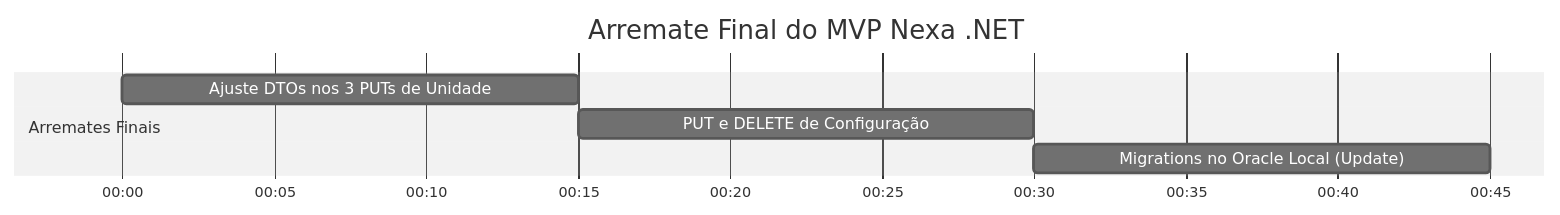
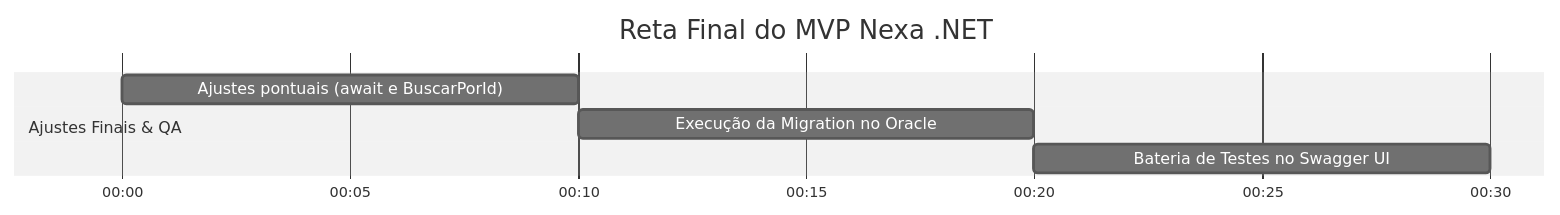
The diagram in Nexa.Dotnet/Docs/PLANO-DESENVOLVIMENTO-GUIA.md (NexaGS/nexa-dotnet-gestao), drawn with Mermaid (neutral theme) before and after one commit. The commit also changed other lines of this file and 3 other files, not shown here.

````diff
--- a/Nexa.Dotnet/Docs/PLANO-DESENVOLVIMENTO-GUIA.md
+++ b/Nexa.Dotnet/Docs/PLANO-DESENVOLVIMENTO-GUIA.md
@@ -16,11 +16,11 @@
 ```mermaid
 gantt
-    title Arremate Final do MVP Nexa .NET
+    title Reta Final do MVP Nexa .NET
     dateFormat  HH:mm
     axisFormat  %H:%M
     
-    section Arremates Finais
-    Ajuste DTOs nos 3 PUTs de Unidade    :done1, 00:00, 15m
-    PUT e DELETE de Configuração         :done2, after done1, 15m
-    Migrations no Oracle Local (Update)  :done3, after done2, 15m
+    section Ajustes Finais & QA
+    Ajustes pontuais (await e BuscarPorId) :done1, 00:00, 10m
+    Execução da Migration no Oracle       :done2, after done1, 10m
+    Bateria de Testes no Swagger UI      :done3, after done2, 10m
 ```
````
